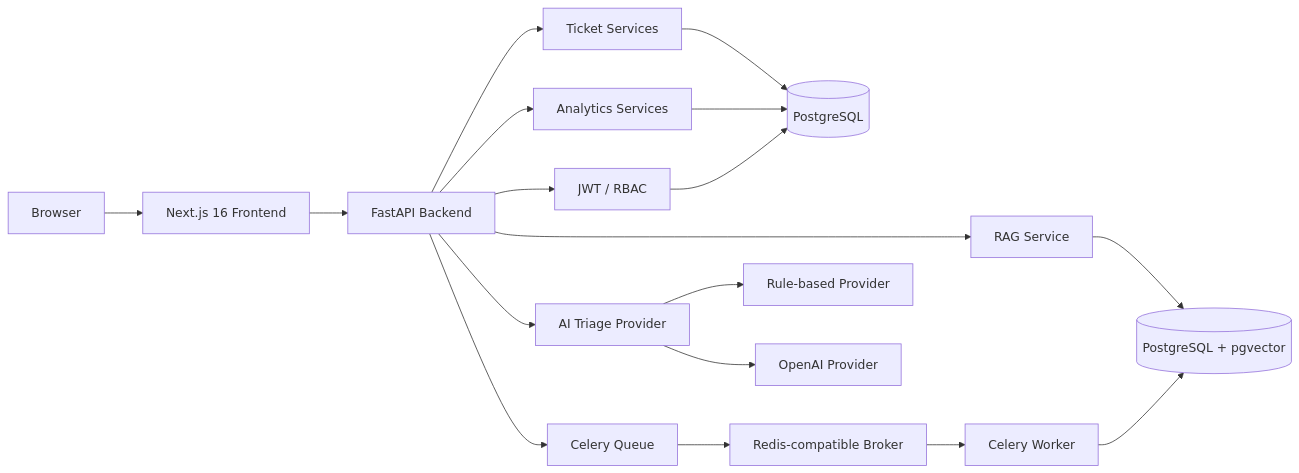
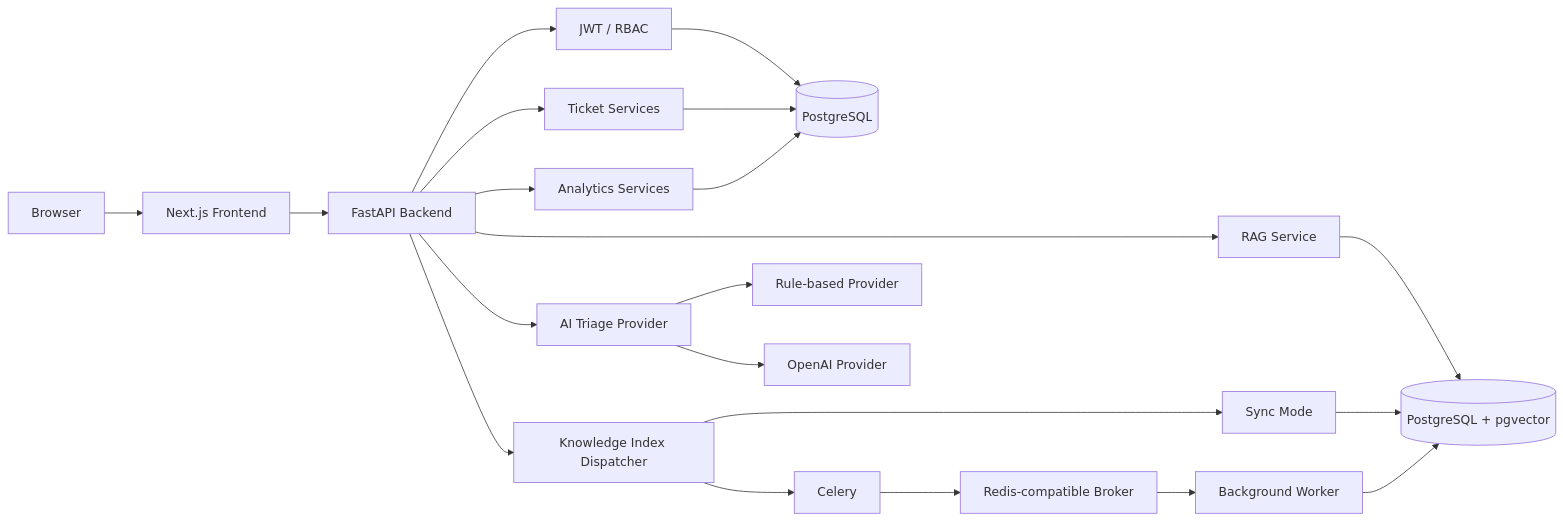
The diagram in README.md (gepapant/support-intelligence-platform), drawn with Mermaid before and after one commit. The commit also changed other lines of this file and 4 other files, not shown here.

````diff
--- a/README.md
+++ b/README.md
@@ -288,30 +422,34 @@
 ```mermaid
 flowchart LR
     User[Browser]
 
-    User --> Next[Next.js 16 Frontend]
+    User --> Next[Next.js Frontend]
 
     Next --> API[FastAPI Backend]
 
     API --> Auth[JWT / RBAC]
     API --> Tickets[Ticket Services]
     API --> Analytics[Analytics Services]
     API --> Triage[AI Triage Provider]
     API --> RAG[RAG Service]
 
-    Tickets --> DB[(PostgreSQL)]
+    Auth --> DB[(PostgreSQL)]
+    Tickets --> DB
     Analytics --> DB
-    Auth --> DB
 
     RAG --> Vector[(PostgreSQL + pgvector)]
 
-    API --> Queue[Celery Queue]
+    API --> Queue[Knowledge Index Dispatcher]
 
-    Queue --> KV[Redis-compatible Broker]
-    KV --> Worker[Celery Worker]
+    Queue --> Sync[Sync Mode]
+    Queue --> Celery[Celery]
 
+    Celery --> Redis[Redis-compatible Broker]
+    Redis --> Worker[Background Worker]
+
+    Sync --> Vector
     Worker --> Vector
 
     Triage --> Rule[Rule-based Provider]
     Triage --> OpenAI[OpenAI Provider]
 ```
````
